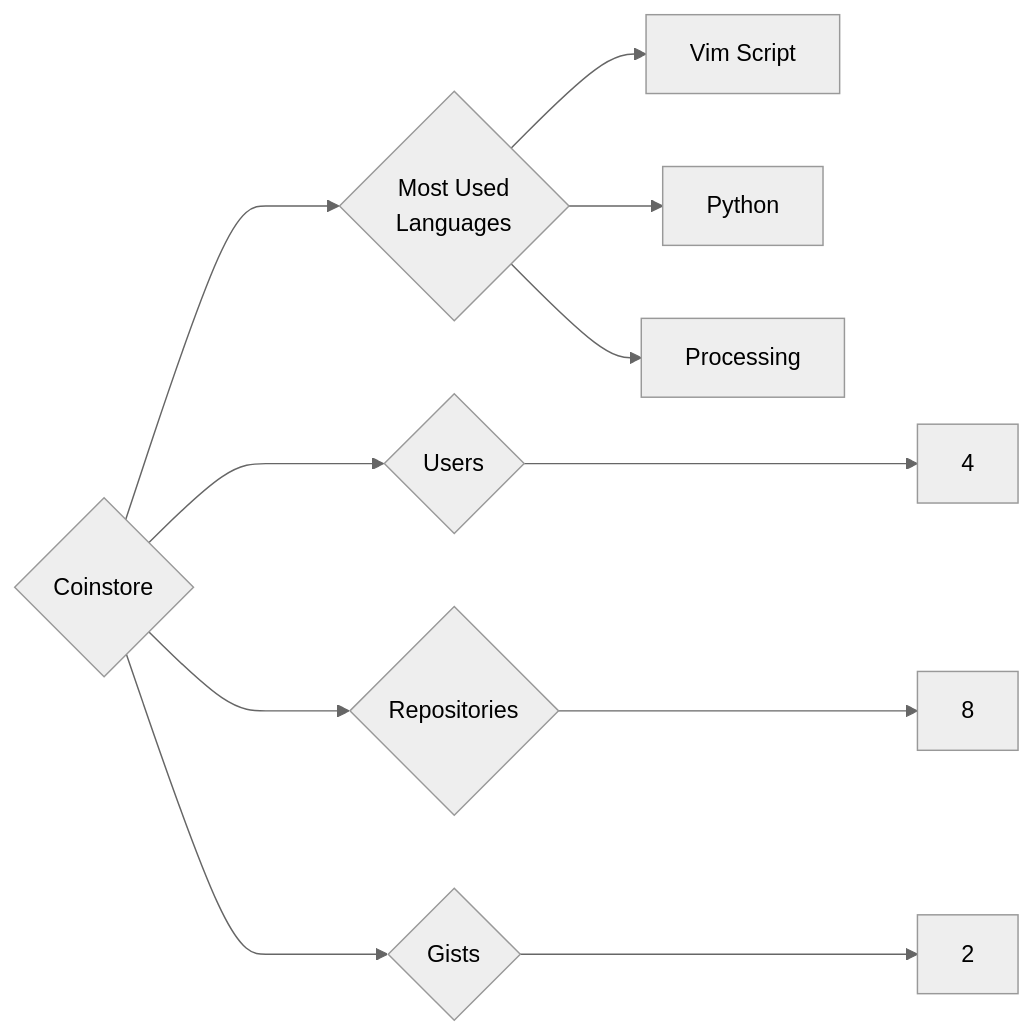
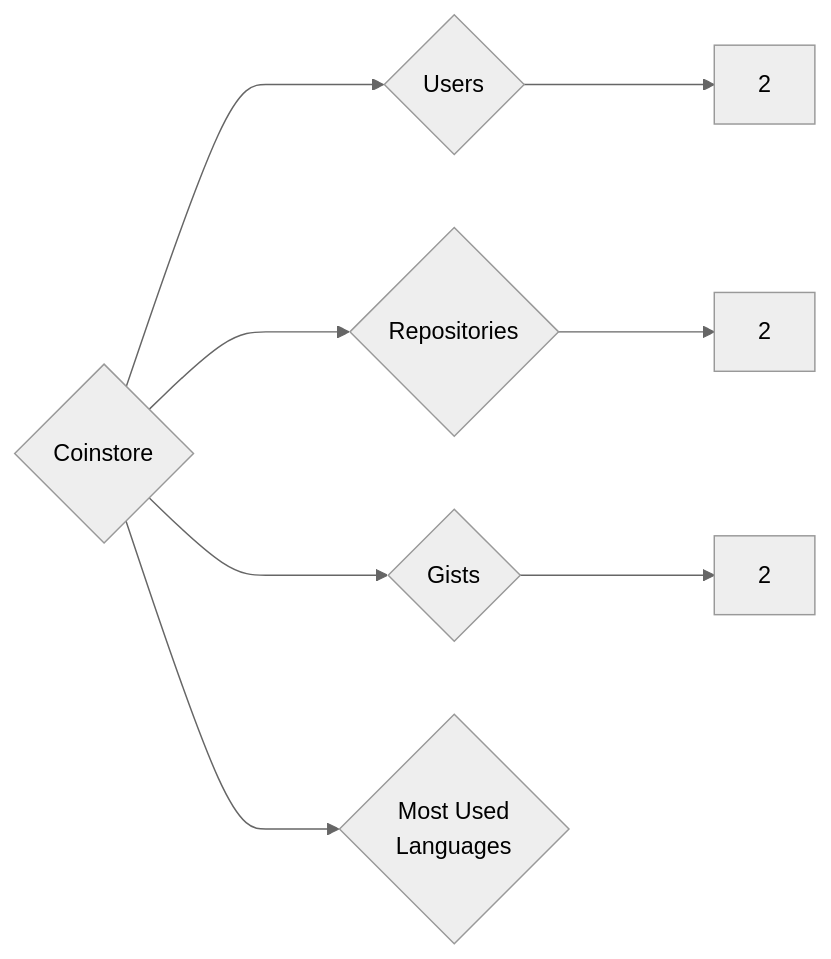
Before and after one commit to trickest/insiders: the diagram in targets/Coinstore/README.md, drawn with Mermaid (neutral theme). The commit also changed 1148 other files, not shown here.

````diff
--- a/targets/Coinstore/README.md
+++ b/targets/Coinstore/README.md
@@ -3,11 +3,8 @@
 ```mermaid
 graph LR
 COMPANY_NAME{Coinstore}
-COMPANY_NAME ---> U{Users} ---> UN[4]
-COMPANY_NAME ---> R{Repositories} ---> RN[8]
+COMPANY_NAME ---> U{Users} ---> UN[2]
+COMPANY_NAME ---> R{Repositories} ---> RN[2]
 COMPANY_NAME ---> G{Gists} ---> GN[2]
 COMPANY_NAME ---> ML{Most Used<br>Languages}
-ML --> Vim_Script[Vim Script]
-ML --> Python[Python]
-ML --> Processing[Processing]
 ```
````
